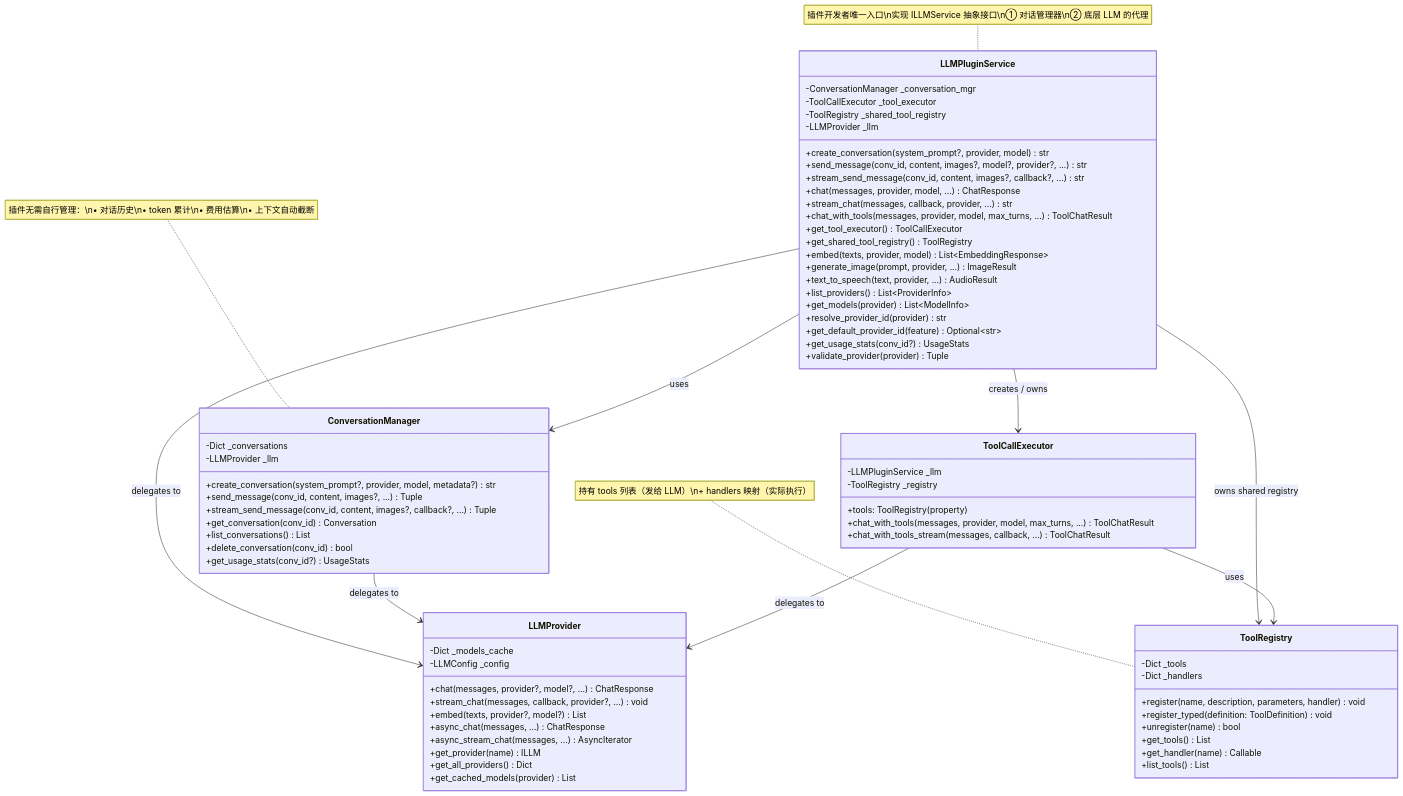
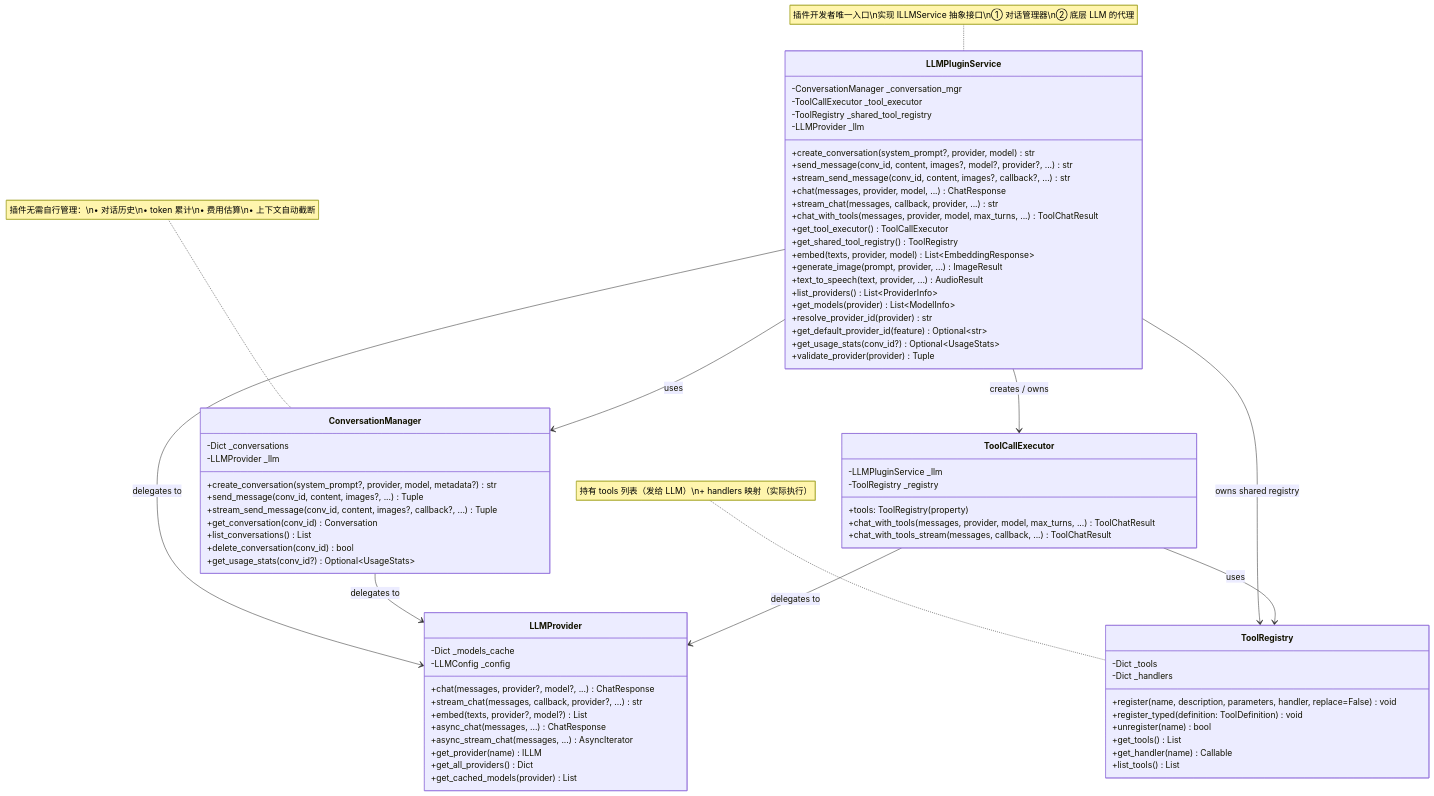
Before and after one commit to KKPIP-Tech/InstructionX: the third of 8 diagrams in docs/core/llm-provider/api-reference.md, drawn with Mermaid. The commit also changed other lines of this file and 35 other files, not shown here.

```diff
--- a/docs/core/llm-provider/api-reference.md
+++ b/docs/core/llm-provider/api-reference.md
@@ -1265,7 +1267,7 @@
         +get_models(provider) List~ModelInfo~
         +resolve_provider_id(provider) str
         +get_default_provider_id(feature) Optional~str~
-        +get_usage_stats(conv_id?) UsageStats
+        +get_usage_stats(conv_id?) Optional~UsageStats~
         +validate_provider(provider) Tuple
     }
 
@@ -1278,7 +1280,7 @@
         +get_conversation(conv_id) Conversation
         +list_conversations() List
         +delete_conversation(conv_id) bool
-        +get_usage_stats(conv_id?) UsageStats
+        +get_usage_stats(conv_id?) Optional~UsageStats~
     }
 
     class ToolCallExecutor {
@@ -1292,7 +1294,7 @@
     class ToolRegistry {
         -Dict _tools
         -Dict _handlers
-        +register(name, description, parameters, handler) void
+        +register(name, description, parameters, handler, replace=False) void
         +register_typed(definition: ToolDefinition) void
         +unregister(name) bool
         +get_tools() List
@@ -1304,7 +1306,7 @@
         -Dict _models_cache
         -LLMConfig _config
         +chat(messages, provider?, model?, ...) ChatResponse
-        +stream_chat(messages, callback, provider?, ...) void
+        +stream_chat(messages, callback, provider?, ...) str
         +embed(texts, provider?, model?) List
         +async_chat(messages, ...) ChatResponse
         +async_stream_chat(messages, ...) AsyncIterator
```
